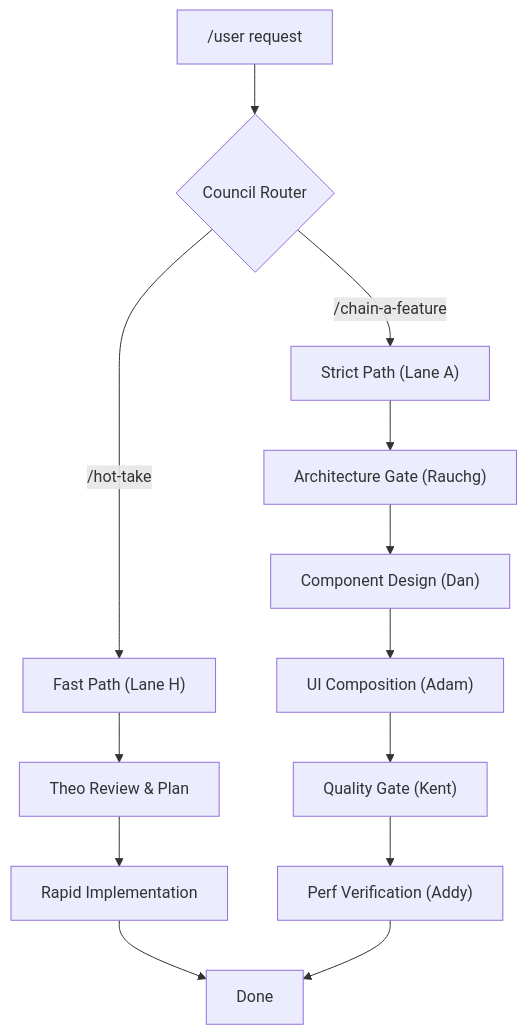
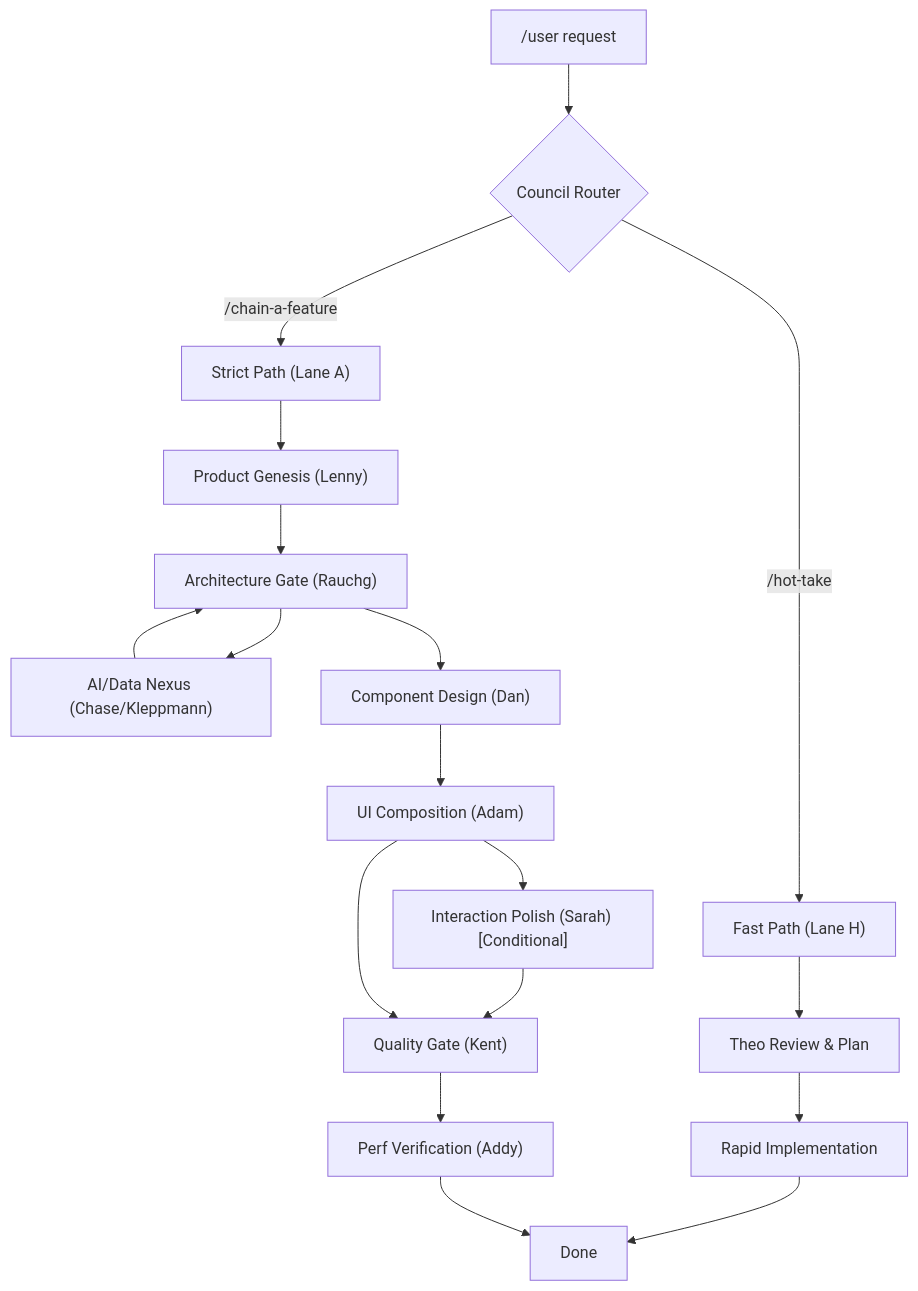
Before and after one commit to JackSmack1971/fullstack-council: the diagram in README.md, drawn with Mermaid. The commit also changed other lines of this file and 2 other files, not shown here.

Commit message:
docs(council): synchronize documentation with augmented v2.0 architecture

````diff
--- a/README.md
+++ b/README.md
@@ -106,17 +118,22 @@
 ```mermaid
 graph TD
     User["/user request"] --> Router{"Council Router"}
     Router -- "/hot-take" --> Fast["Fast Path (Lane H)"]
     Router -- "/chain-a-feature" --> Strict["Strict Path (Lane A)"]
     
     Fast --> Theo["Theo Review & Plan"]
     Theo --> Impl["Rapid Implementation"]
     Impl --> Final["Done"]
     
-    Strict --> A1["Architecture Gate (Rauchg)"]
+    Strict --> A0["Product Genesis (Lenny)"]
+    A0 --> A1["Architecture Gate (Rauchg)"]
+    A1 --> AI["AI/Data Nexus (Chase/Kleppmann)"]
+    AI --> A1
     A1 --> A2["Component Design (Dan)"]
     A2 --> A3["UI Composition (Adam)"]
-    A3 --> A4["Quality Gate (Kent)"]
+    A3 --> A35["Interaction Polish (Sarah) [Conditional]"]
+    A35 --> A4["Quality Gate (Kent)"]
+    A3 --> A4
     A4 --> A5["Perf Verification (Addy)"]
     A5 --> Final
 ```
````
